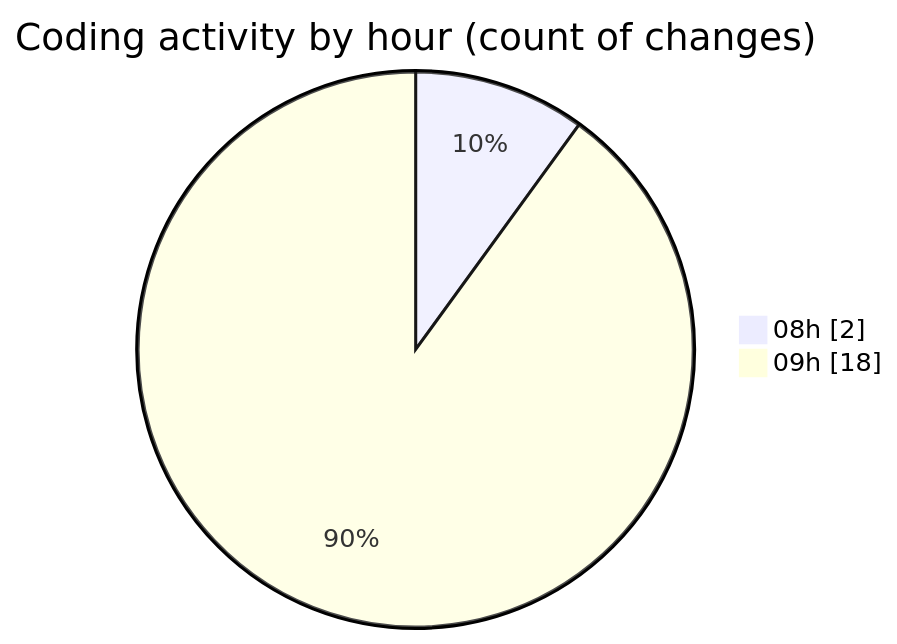
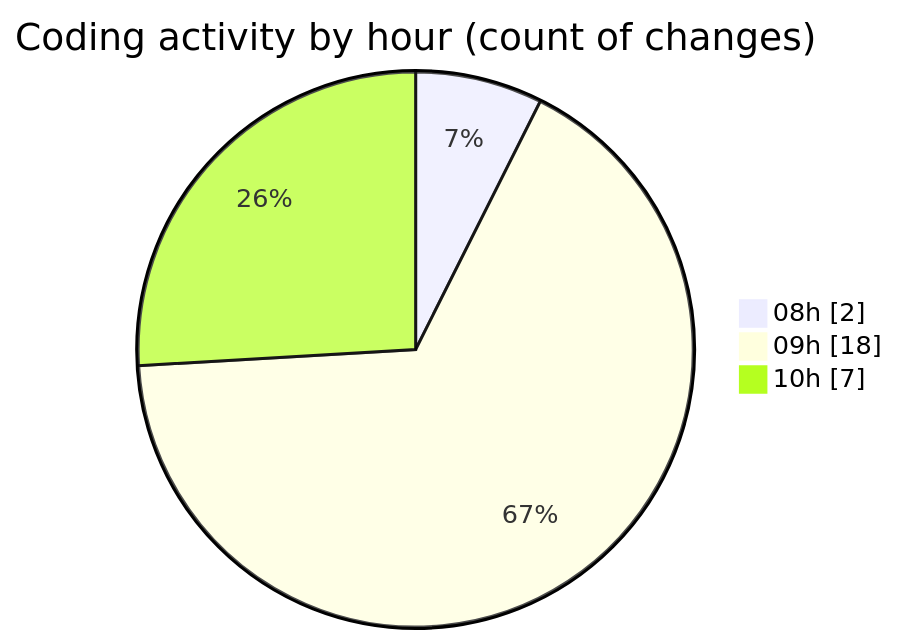
One commit to Unknowalive/code-tracking changed the second of 2 diagrams in 2026-08-20/lab2/README.md. Above: the diagram before and after it, drawn with Mermaid. The commit also changed other lines of this file and 1 other file, not shown here.

````diff
--- a/2026-08-20/lab2/README.md
+++ b/2026-08-20/lab2/README.md
@@ -34,6 +37,7 @@
 ```mermaid
 pie showData
 title Coding activity by hour (count of changes)
 "08h" : 2
 "09h" : 18
+"10h" : 7
 ```
````
